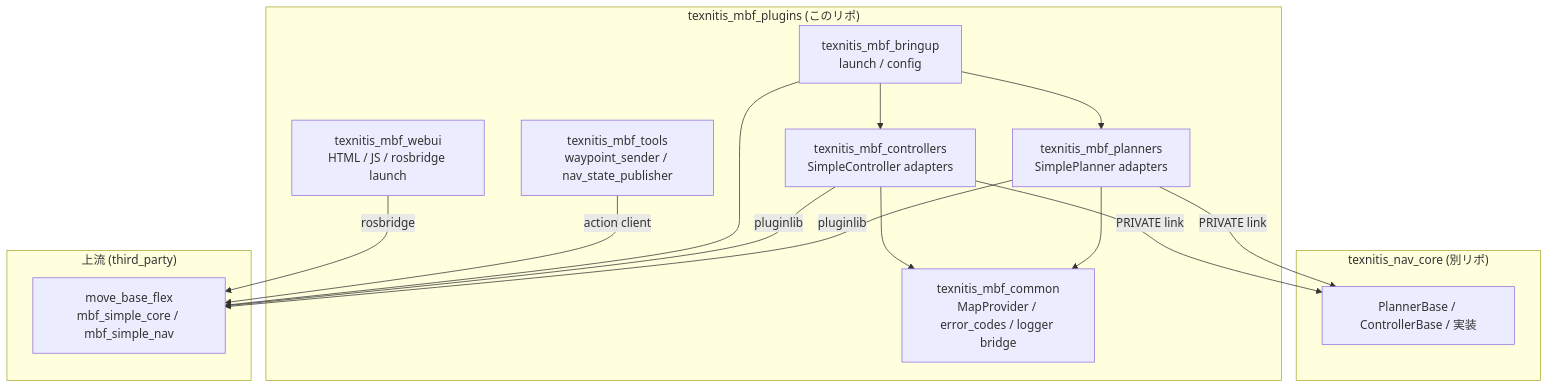
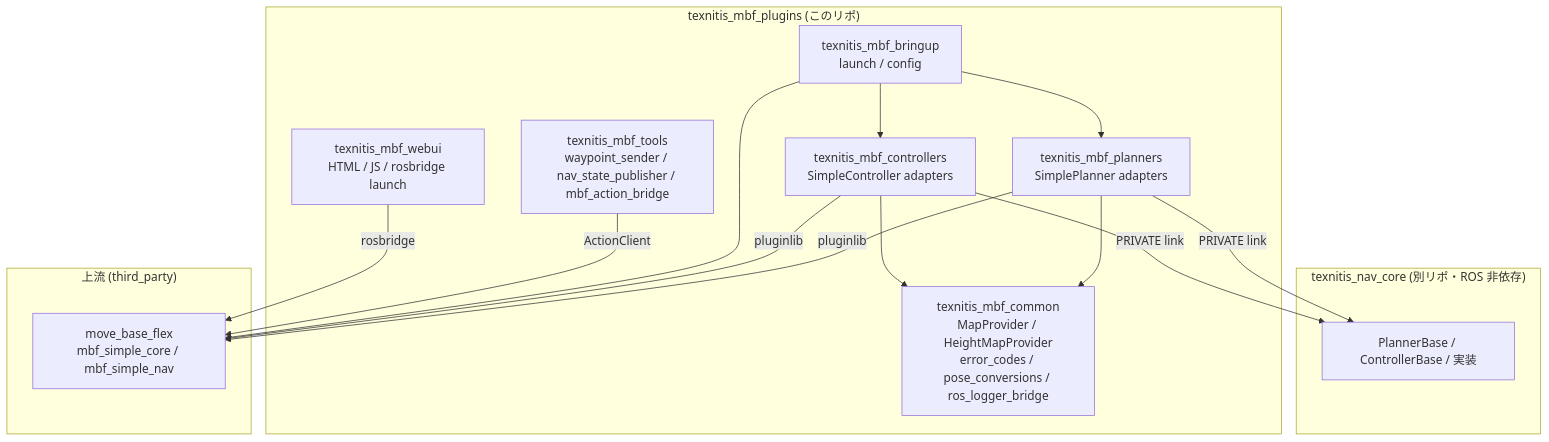
Before and after one commit to Nyanziba/Nyanziba_mbf_plugins: the first of 2 diagrams in docs/architecture.md, drawn with Mermaid. The commit also changed other lines of this file and 22 other files, not shown here.

````diff
--- a/docs/architecture.md
+++ b/docs/architecture.md
@@ -5,31 +5,31 @@
 ```mermaid
 graph TD
-  subgraph "texnitis_nav_core (別リポ)"
+  subgraph "texnitis_nav_core (別リポ・ROS 非依存)"
     core[PlannerBase / ControllerBase / 実装]
   end
 
   subgraph "texnitis_mbf_plugins (このリポ)"
-    common[texnitis_mbf_common<br/>MapProvider / error_codes / logger bridge]
+    common[texnitis_mbf_common<br/>MapProvider / HeightMapProvider<br/>error_codes / pose_conversions / ros_logger_bridge]
     planners[texnitis_mbf_planners<br/>SimplePlanner adapters]
     controllers[texnitis_mbf_controllers<br/>SimpleController adapters]
     bringup[texnitis_mbf_bringup<br/>launch / config]
-    tools[texnitis_mbf_tools<br/>waypoint_sender / nav_state_publisher]
+    tools[texnitis_mbf_tools<br/>waypoint_sender / nav_state_publisher / mbf_action_bridge]
     webui[texnitis_mbf_webui<br/>HTML / JS / rosbridge launch]
   end
 
   subgraph "上流 (third_party)"
     mbf[move_base_flex<br/>mbf_simple_core / mbf_simple_nav]
   end
 
-  planners -- PRIVATE link --> core
-  controllers -- PRIVATE link --> core
+  planners -- "PRIVATE link" --> core
+  controllers -- "PRIVATE link" --> core
   planners --> common
   controllers --> common
-  planners -- pluginlib --> mbf
-  controllers -- pluginlib --> mbf
+  planners -- "pluginlib" --> mbf
+  controllers -- "pluginlib" --> mbf
   bringup --> mbf
   bringup --> planners
   bringup --> controllers
-  tools -- action client --> mbf
-  webui -- rosbridge --> mbf
+  tools -- "ActionClient" --> mbf
+  webui -- "rosbridge" --> mbf
 ```
````
